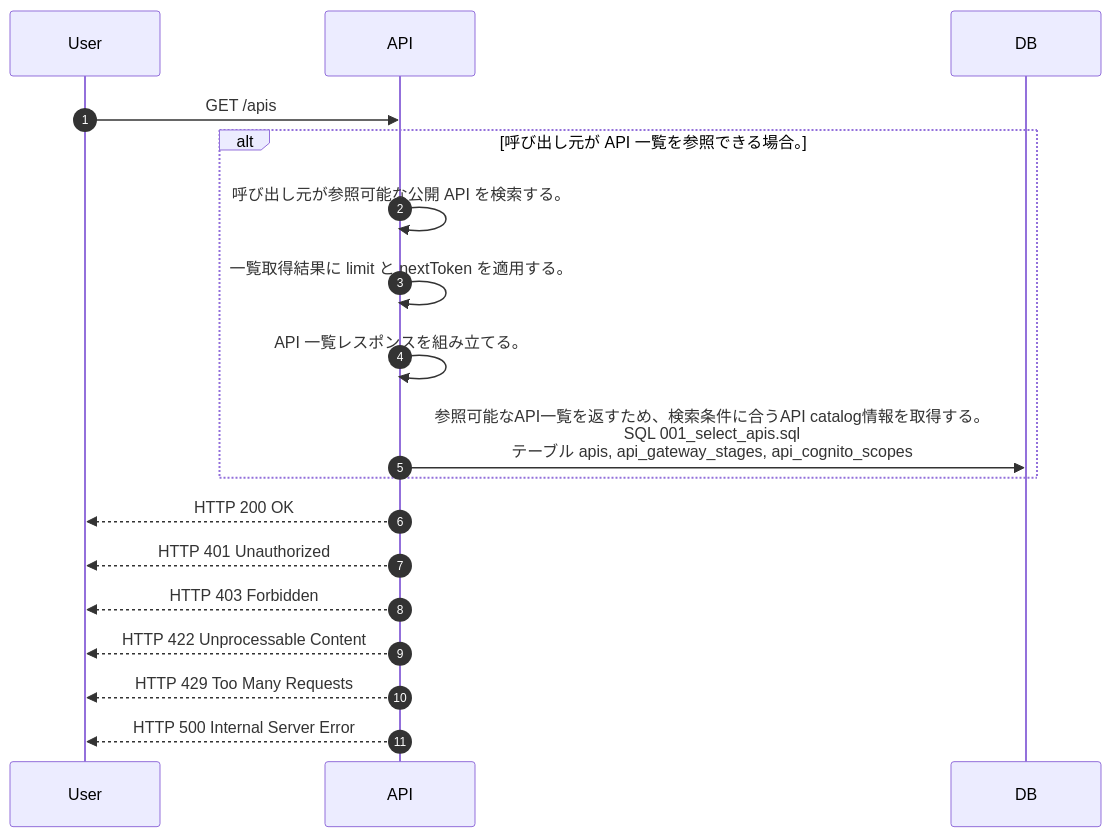
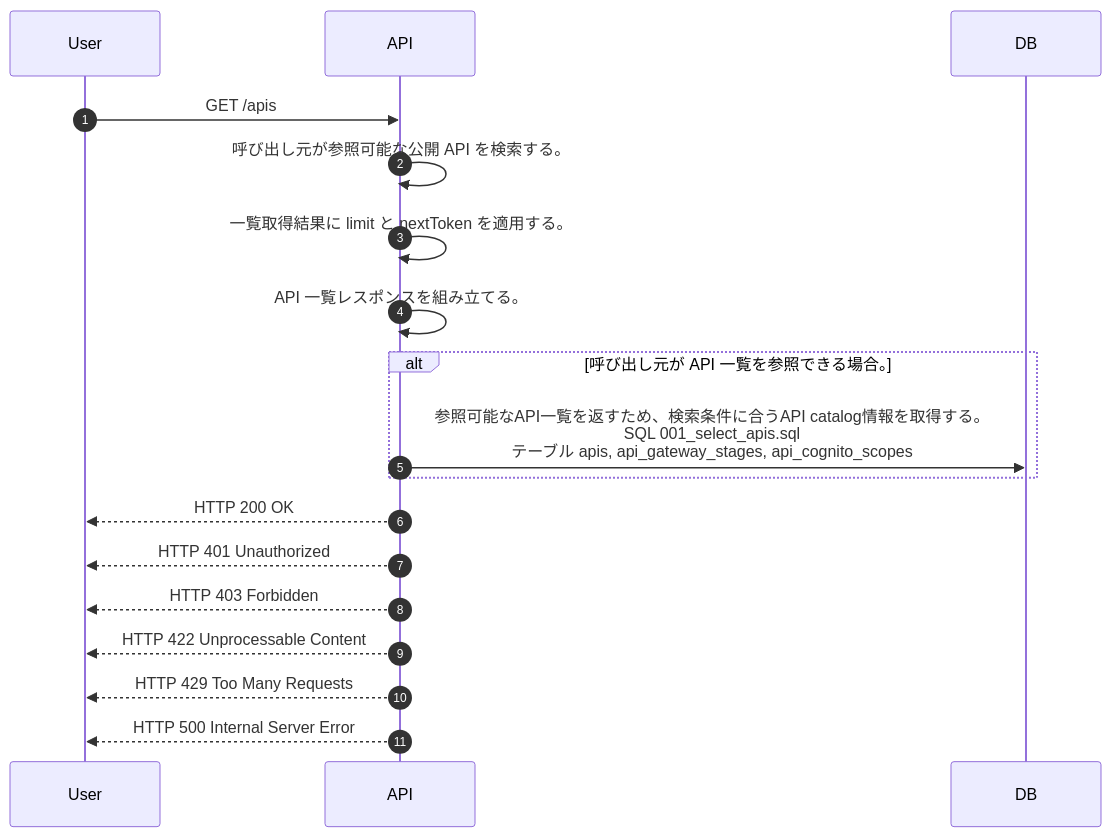
The diagram in docs/spec/40.apis/apis/list_apis/sequence_gen.md (tsuji-tomonori/lazunex), drawn with Mermaid before and after one commit. The commit also changed 13 other files, not shown here.

````diff
--- a/docs/spec/40.apis/apis/list_apis/sequence_gen.md
+++ b/docs/spec/40.apis/apis/list_apis/sequence_gen.md
@@ -5,20 +5,20 @@
 ```mermaid
 sequenceDiagram
   autonumber
   participant User as User
   participant API as API
   participant DB as DB
   User->>API: GET /apis
+  API->>API: 呼び出し元が参照可能な公開 API を検索する。
+  API->>API: 一覧取得結果に limit と nextToken を適用する。
+  API->>API: API 一覧レスポンスを組み立てる。
   alt 呼び出し元が API 一覧を参照できる場合。
-    API->>API: 呼び出し元が参照可能な公開 API を検索する。
-    API->>API: 一覧取得結果に limit と nextToken を適用する。
-    API->>API: API 一覧レスポンスを組み立てる。
     API->>DB: 参照可能なAPI一覧を返すため、検索条件に合うAPI catalog情報を取得する。<br/>SQL 001_select_apis.sql<br/>テーブル apis, api_gateway_stages, api_cognito_scopes
   end
   API-->>User: HTTP 200 OK
   API-->>User: HTTP 401 Unauthorized
   API-->>User: HTTP 403 Forbidden
   API-->>User: HTTP 422 Unprocessable Content
   API-->>User: HTTP 429 Too Many Requests
   API-->>User: HTTP 500 Internal Server Error
 ```
````
